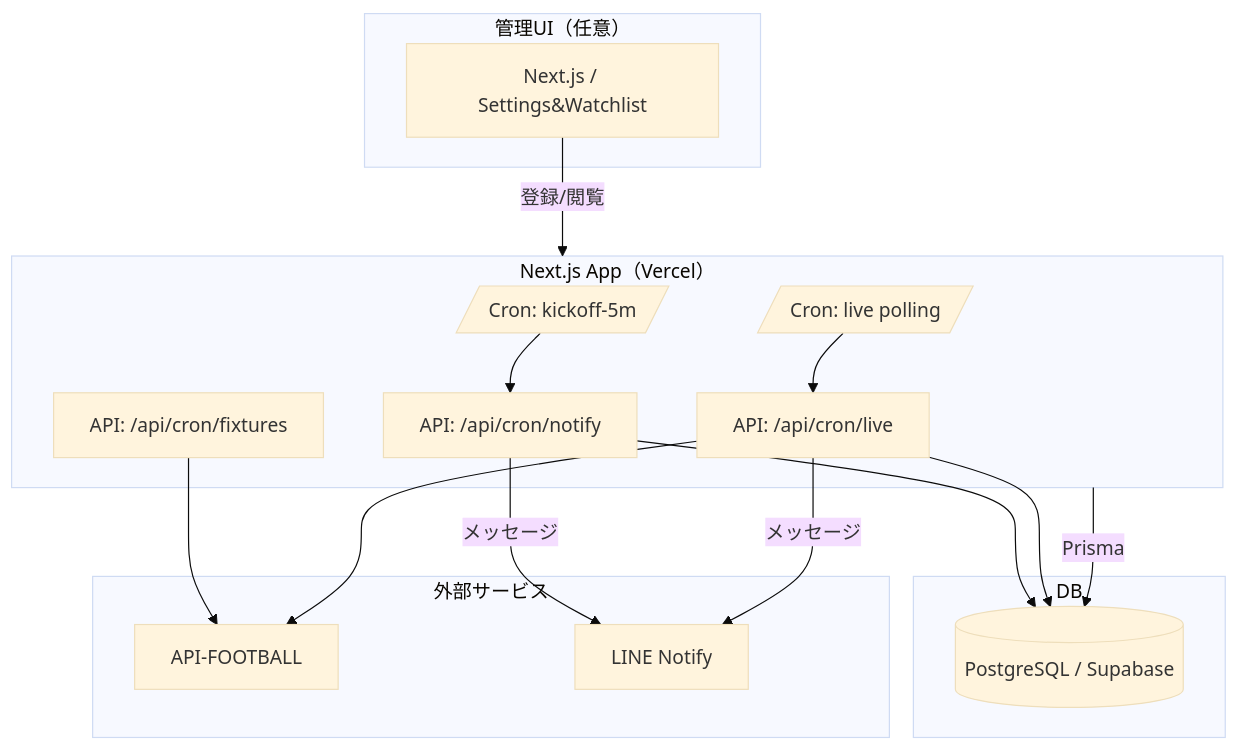
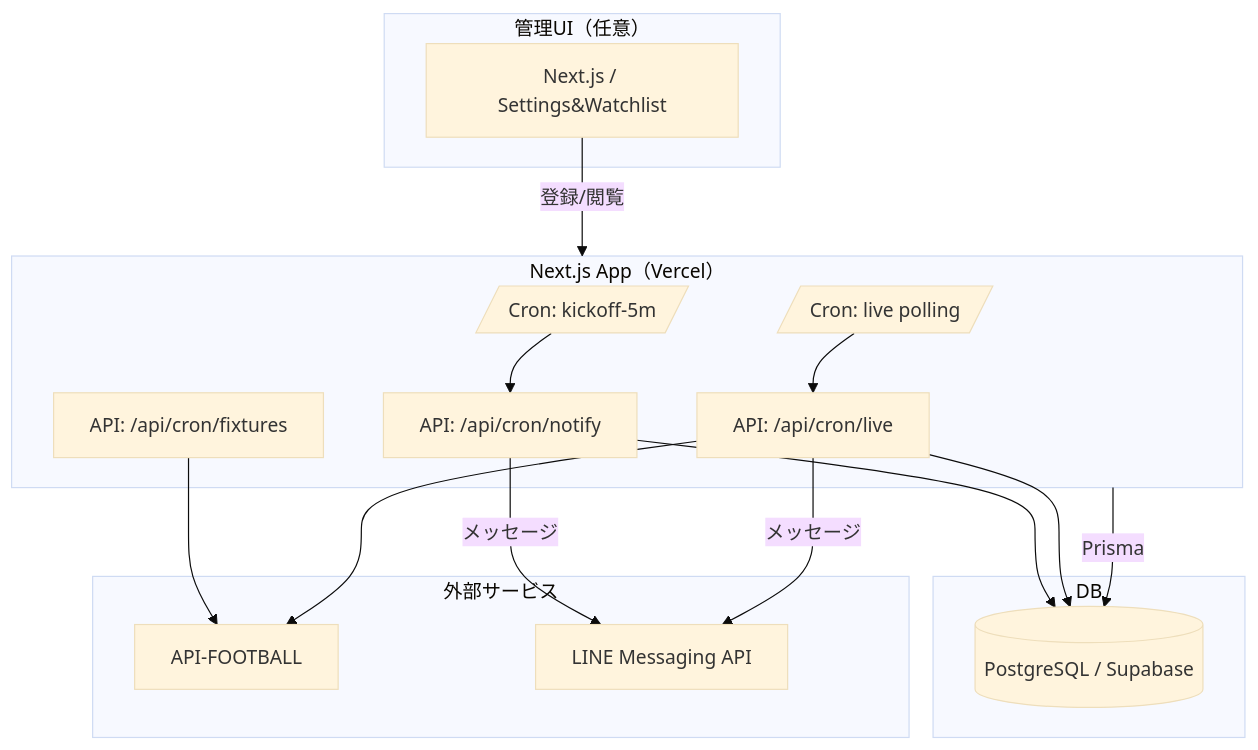
Before and after one commit to tonishi0922/GoalPulse: the diagram in docs/dosc/diagrams/architecture.mmd, drawn with Mermaid (base theme).

Commit message:
update: line notify -> line messaging api

```diff
--- a/docs/dosc/diagrams/architecture.mmd
+++ b/docs/dosc/diagrams/architecture.mmd
@@ -1,40 +1,40 @@
 flowchart TD
 subgraph Client[管理UI（任意）]
 UI[Next.js / Settings&Watchlist]
 end
 
 
 subgraph Backend[Next.js App（Vercel）]
 CRON1[/Cron: kickoff-5m/]
 CRON2[/Cron: live polling/]
 API_FIX[API: /api/cron/fixtures]
 API_NOTI[API: /api/cron/notify]
 API_LIVE[API: /api/cron/live]
 end
 
 
 subgraph Data[DB]
 PG[(PostgreSQL / Supabase)]
 end
 
 
 subgraph External[外部サービス]
 APIF[API-FOOTBALL]
-LINE[LINE Notify]
+LINE[LINE Messaging API]
 end
 
 
 UI -->|登録/閲覧| Backend
 Backend -->|Prisma| PG
 CRON1 --> API_NOTI
 CRON2 --> API_LIVE
 
 
 API_FIX --> APIF
 API_LIVE --> APIF
 API_NOTI --> PG
 API_LIVE --> PG
 
 
 API_NOTI -->|メッセージ| LINE
 API_LIVE -->|メッセージ| LINE
```
